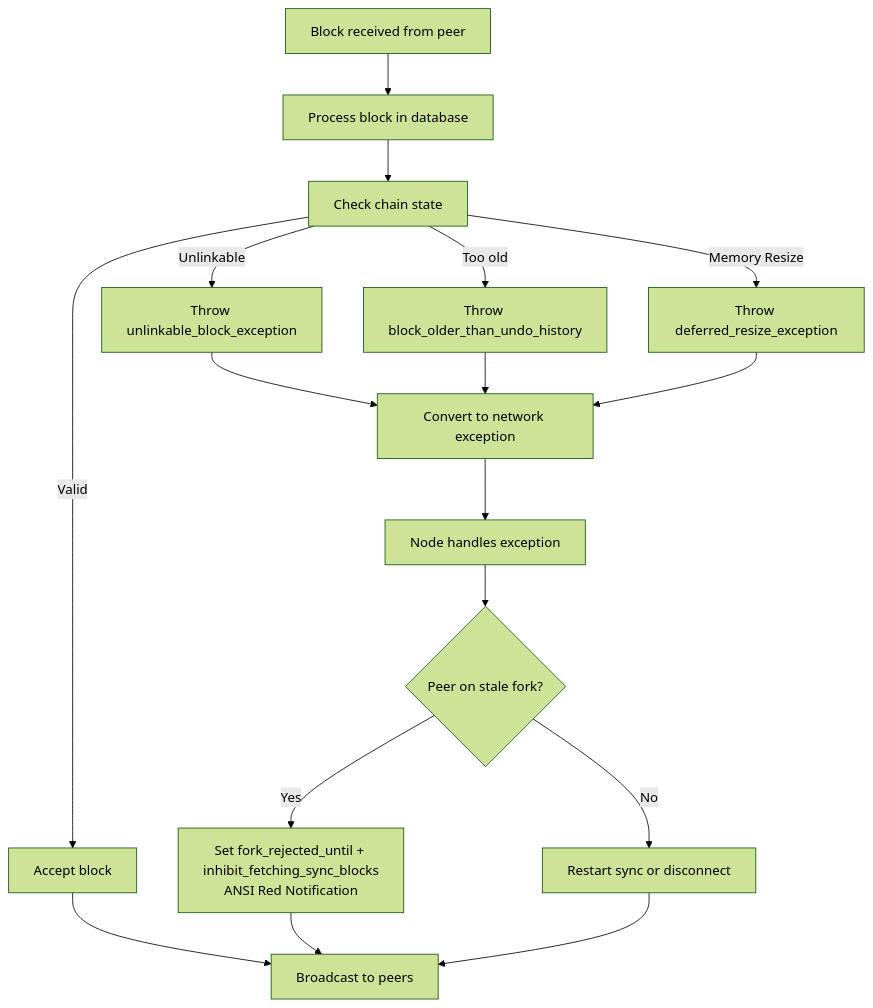
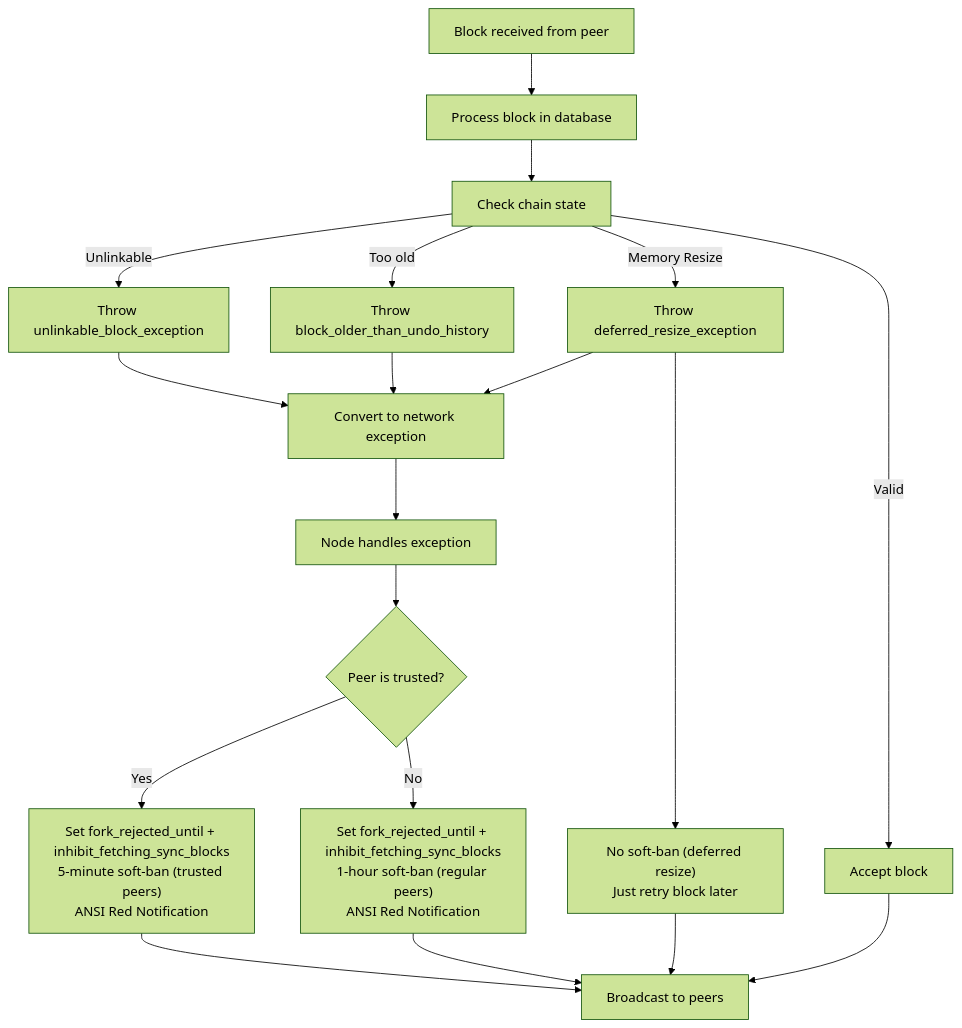
Before and after one commit to VIZ-Blockchain/viz-cpp-node: the ninth of 12 diagrams in .qoder/repowiki/en/content/Architecture Overview/Core Libraries/Network Library/Peer Connection Management.md, drawn with Mermaid (forest theme). The commit also changed other lines of this file and 5 other files, not shown here.

````diff
--- a/.qoder/repowiki/en/content/Architecture Overview/Core Libraries/Network Library/Peer Connection Management.md
+++ b/.qoder/repowiki/en/content/Architecture Overview/Core Libraries/Network Library/Peer Connection Management.md
@@ -459,19 +508,21 @@
 ```mermaid
 flowchart TD
 BlockIn["Block received from peer"] --> ProcessBlock["Process block in database"]
 ProcessBlock --> CheckChain["Check chain state"]
 CheckChain --> |Valid| AcceptBlock["Accept block"]
 CheckChain --> |Unlinkable| ThrowException["Throw unlinkable_block_exception"]
 CheckChain --> |Too old| ThrowOld["Throw block_older_than_undo_history"]
 CheckChain --> |Memory Resize| ThrowResize["Throw deferred_resize_exception"]
 ThrowException --> ConvertNet["Convert to network exception"]
 ThrowOld --> ConvertNet
 ThrowResize --> ConvertNet
 ConvertNet --> NodeHandle["Node handles exception"]
-NodeHandle --> SoftBan{"Peer on stale fork?"}
-SoftBan --> |Yes| SetBan["Set fork_rejected_until + inhibit_fetching_sync_blocks<br/>ANSI Red Notification"]
-SoftBan --> |No| Resync["Restart sync or disconnect"]
-AcceptBlock --> Broadcast["Broadcast to peers"]
-SetBan --> Broadcast
-Resync --> Broadcast
+NodeHandle --> PeerTrust{"Peer is trusted?"}
+PeerTrust --> |Yes| SetShortBan["Set fork_rejected_until + inhibit_fetching_sync_blocks<br/>5-minute soft-ban (trusted peers)<br/>ANSI Red Notification"]
+PeerTrust --> |No| SetLongBan["Set fork_rejected_until + inhibit_fetching_sync_blocks<br/>1-hour soft-ban (regular peers)<br/>ANSI Red Notification"]
+SetShortBan --> Broadcast["Broadcast to peers"]
+SetLongBan --> Broadcast
+ThrowResize --> NoBan["No soft-ban (deferred resize)<br/>Just retry block later"]
+NoBan --> Broadcast
+AcceptBlock --> Broadcast
 ```
````
